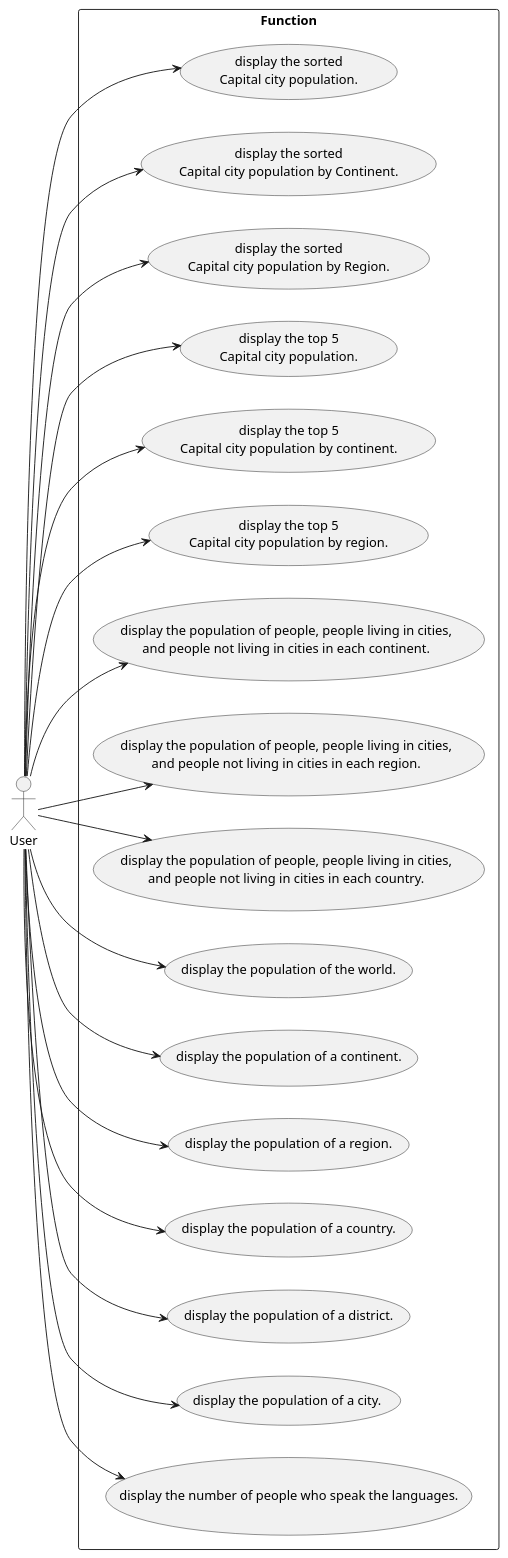
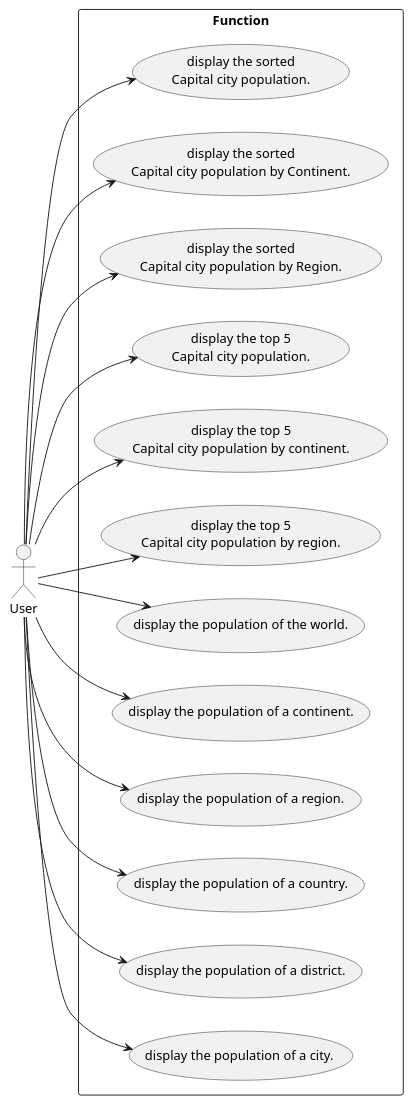
Before and after one commit to WintMyatAung/Group-8: the diagram in use_case/use_case(17-32).puml, drawn with PlantUML. The commit also changed 5 other files, not shown here.

```diff
--- a/use_case/use_case(17-32).puml
+++ b/use_case/use_case(17-32).puml
@@ -1,65 +1,50 @@
 @startuml
 left to right direction
 actor User as "User"
 
 rectangle "Function" {
     usecase UC1a as "display the sorted
     Capital city population."
 
     usecase UC2a as "display the sorted
     Capital city population by Continent."
 
     usecase UC3a as "display the sorted
     Capital city population by Region."
 
     usecase UC4a as "display the top 5
     Capital city population."
 
     usecase UC5a as "display the top 5
     Capital city population by continent."
 
     usecase UC6a as "display the top 5
     Capital city population by region."
 
-    usecase UC7a as "display the population of people, people living in cities,
-    and people not living in cities in each continent."
-
-    usecase UC8a as "display the population of people, people living in cities,
-    and people not living in cities in each region."
-
-    usecase UC9a as "display the population of people, people living in cities,
-    and people not living in cities in each country."
-
     usecase UC10a as "display the population of the world."
 
     usecase UC11a as "display the population of a continent."
 
     usecase UC12a as "display the population of a region."
 
     usecase UC13a as "display the population of a country."
 
     usecase UC14a as "display the population of a district."
 
     usecase UC15a as "display the population of a city."
 
-    usecase UC16a as "display the number of people who speak the languages."
-
 
     User --> UC1a
     User --> UC2a
     User --> UC3a
     User --> UC4a
     User --> UC5a
     User --> UC6a
-    User --> UC7a
-    User --> UC8a
-    User --> UC9a
     User --> UC10a
     User --> UC11a
     User --> UC12a
     User --> UC13a
     User --> UC14a
     User --> UC15a
-    User --> UC16a
 }
 @enduml
```
